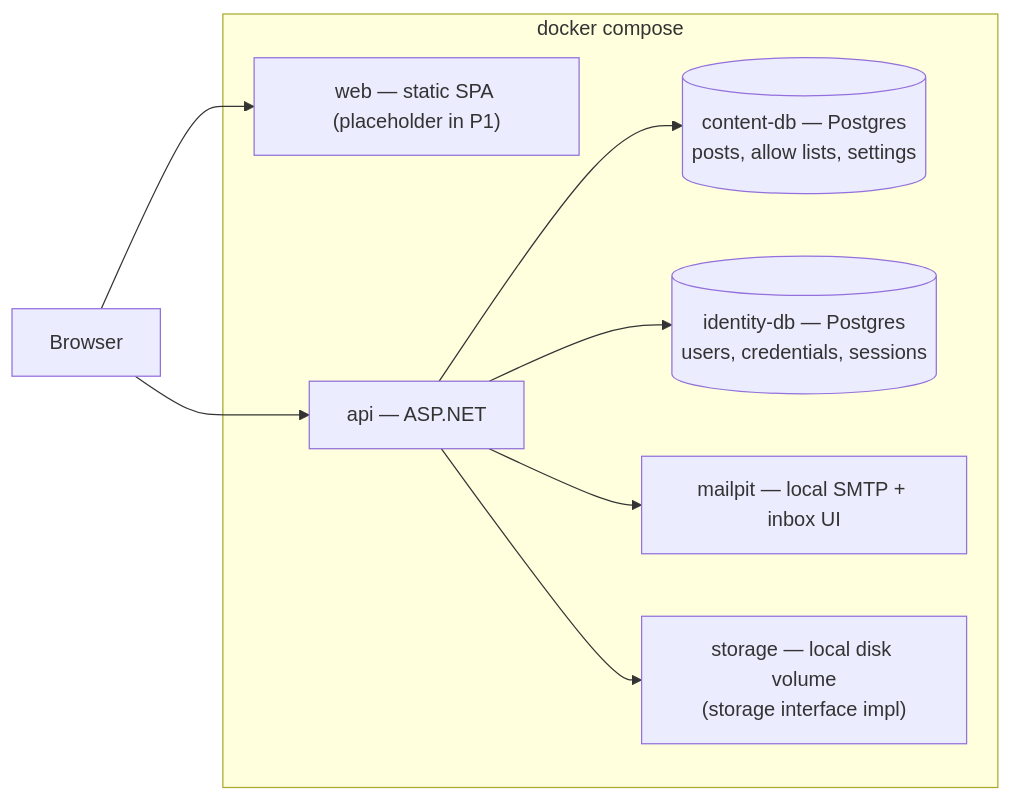
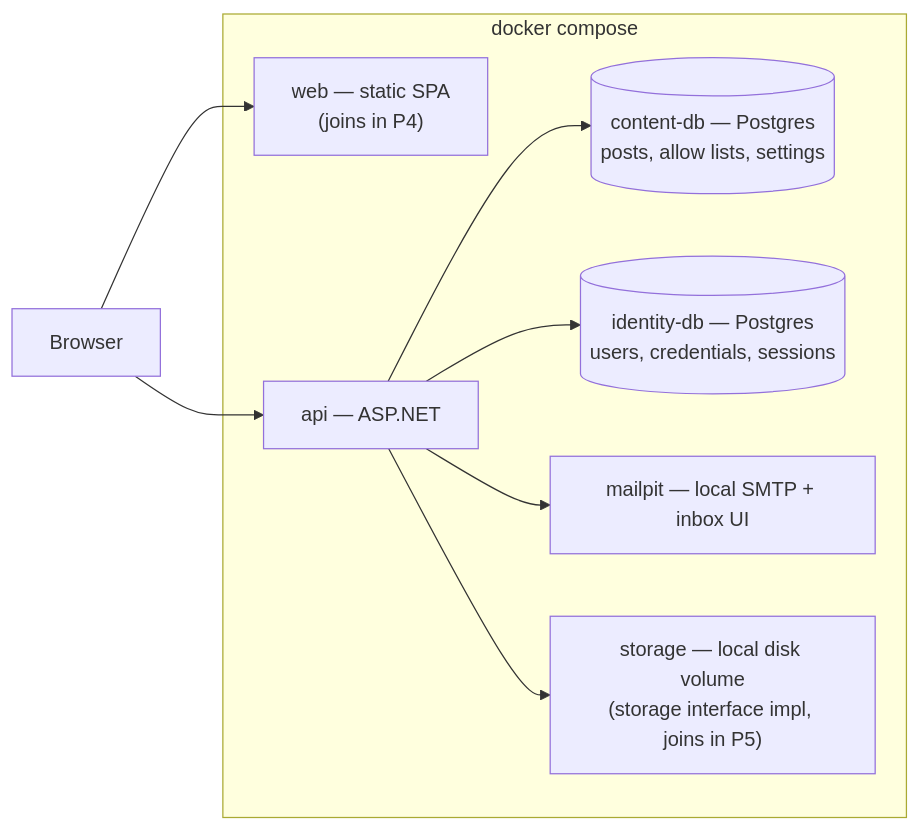
Before and after one commit to denerose/BlogApp: the second of 4 diagrams in docs/architecture.md, drawn with Mermaid. The commit also changed other lines of this file and 7 other files, not shown here.

````diff
--- a/docs/architecture.md
+++ b/docs/architecture.md
@@ -49,20 +51,20 @@
 ```mermaid
 flowchart LR
     BR["Browser"]
 
     subgraph compose["docker compose"]
-        WEB["web — static SPA (placeholder in P1)"]
+        WEB["web — static SPA\n(joins in P4)"]
         API["api — ASP.NET"]
         CDB[("content-db — Postgres\nposts, allow lists, settings")]
         IDB[("identity-db — Postgres\nusers, credentials, sessions")]
         MP["mailpit — local SMTP + inbox UI"]
-        ST["storage — local disk volume\n(storage interface impl)"]
+        ST["storage — local disk volume\n(storage interface impl, joins in P5)"]
     end
 
     BR --> WEB
     BR --> API
     API --> CDB
     API --> IDB
     API --> MP
     API --> ST
 ```
````
